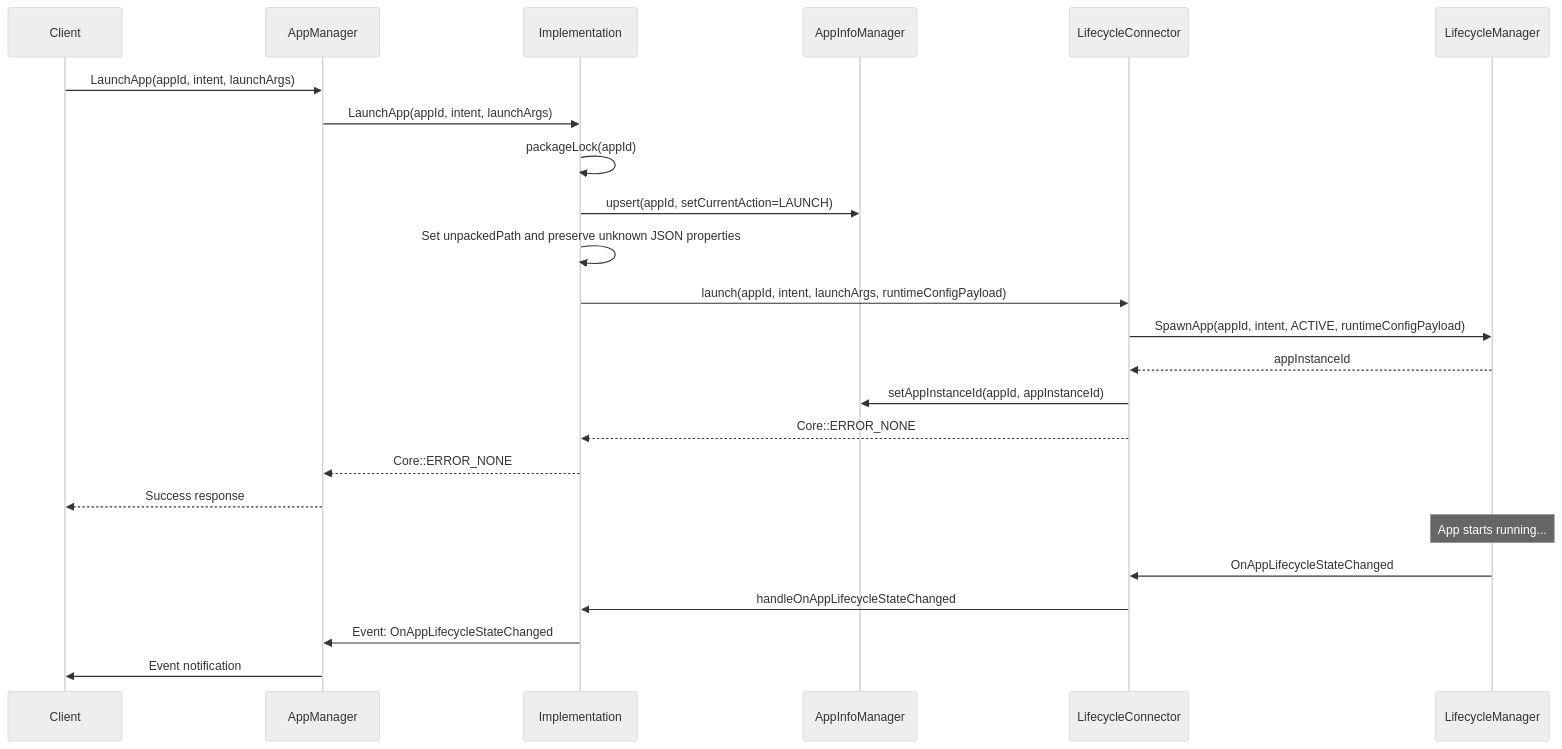
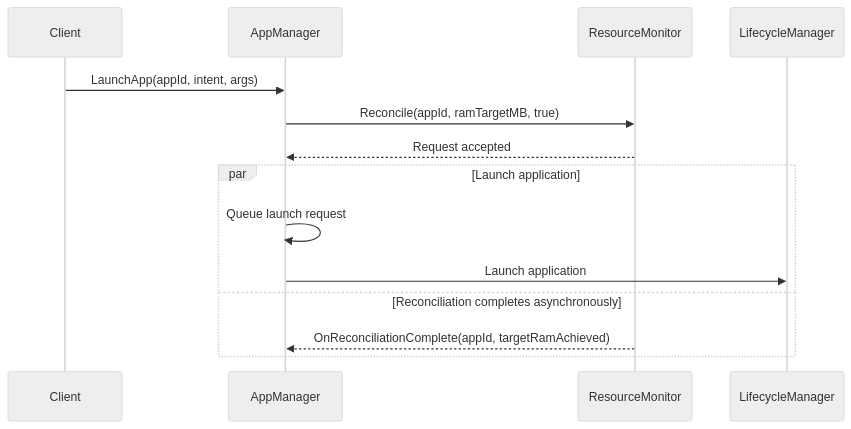
Before and after one commit to rdkcentral/entservices-appmanagers: the first of 3 diagrams in AppManager/AppManager.md, drawn with Mermaid (neutral theme). The commit also changed other lines of this file and 3 other files, not shown here.

````diff
--- a/AppManager/AppManager.md
+++ b/AppManager/AppManager.md
@@ -396,29 +75,17 @@
 ```mermaid
 sequenceDiagram
     participant Client
-    participant Shell as AppManager
-    participant Impl as Implementation
-    participant AIM as AppInfoManager
-    participant LIC as LifecycleConnector
-    participant LCM as LifecycleManager
+    participant AM as AppManager
+    participant RM as ResourceMonitor
+    participant LM as LifecycleManager
 
-    Client->>Shell: LaunchApp(appId, intent, launchArgs)
-    Shell->>Impl: LaunchApp(appId, intent, launchArgs)
-    Impl->>Impl: packageLock(appId)
-    Impl->>AIM: upsert(appId, setCurrentAction=LAUNCH)
-    Impl->>Impl: Set unpackedPath and preserve unknown JSON properties
-    Impl->>LIC: launch(appId, intent, launchArgs, runtimeConfigPayload)
-    LIC->>LCM: SpawnApp(appId, intent, ACTIVE, runtimeConfigPayload)
-    LCM-->>LIC: appInstanceId
-    LIC->>AIM: setAppInstanceId(appId, appInstanceId)
-    LIC-->>Impl: Core::ERROR_NONE
-    Impl-->>Shell: Core::ERROR_NONE
-    Shell-->>Client: Success response
-    
-    Note over LCM: App starts running...
-    
-    LCM->>LIC: OnAppLifecycleStateChanged
-    LIC->>Impl: handleOnAppLifecycleStateChanged
-    Impl->>Shell: Event: OnAppLifecycleStateChanged
-    Shell->>Client: Event notification
+    Client->>AM: LaunchApp(appId, intent, args)
+    AM->>RM: Reconcile(appId, ramTargetMB, true)
+    RM-->>AM: Request accepted
+    par Launch application
+      AM->>AM: Queue launch request
+      AM->>LM: Launch application
+    and Reconciliation completes asynchronously
+      RM-->>AM: OnReconciliationComplete(appId, targetRamAchieved)
+    end
 ```
````
